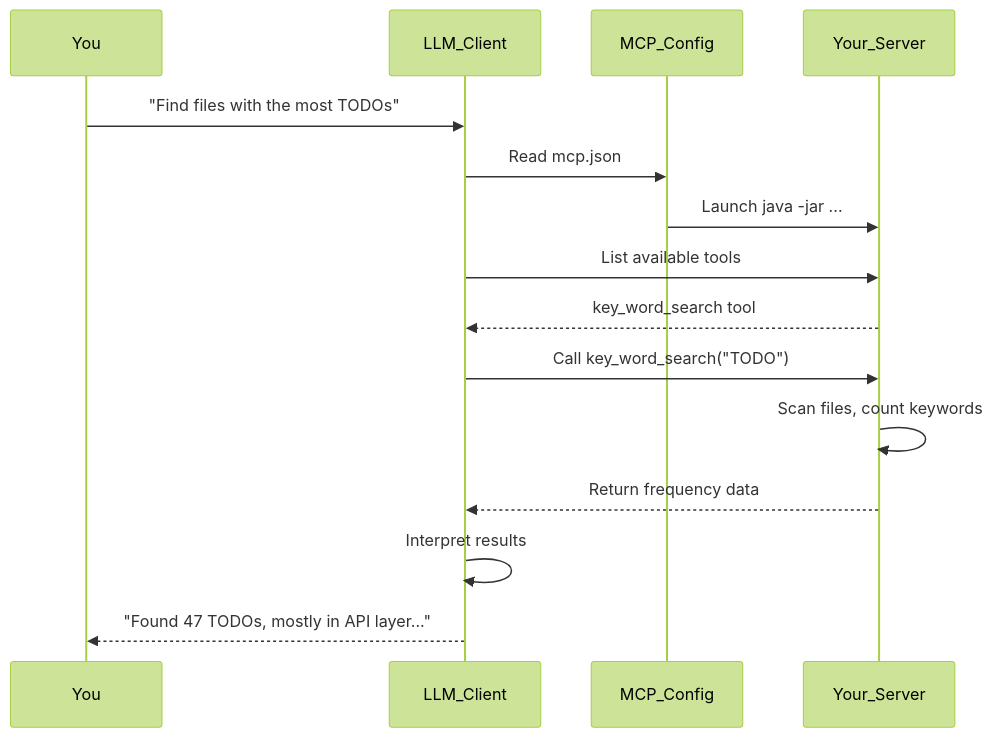
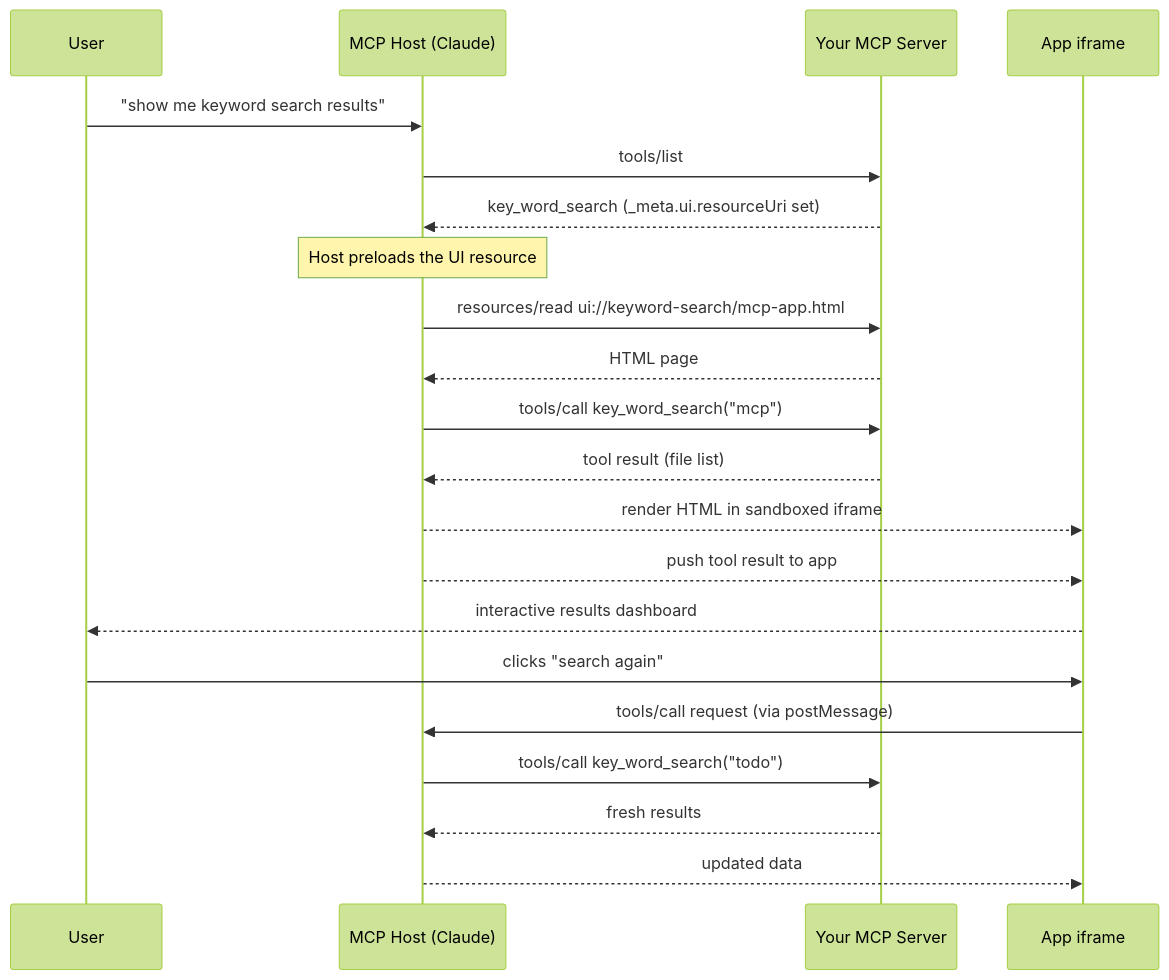
One commit to David-Parry/agent-mcp-workshop changed the second of 2 diagrams in lessons/06-overview.md. Above: the diagram before and after it, drawn with Mermaid (forest theme). The commit also changed other lines of this file and 11 other files, not shown here.

````diff
--- a/lessons/06-overview.md
+++ b/lessons/06-overview.md
@@ -119,21 +53,24 @@
 ```mermaid
 sequenceDiagram
-    participant You
-    participant LLM_Client
-    participant MCP_Config
-    participant Your_Server
+    participant User
+    participant Host as MCP Host (Claude)
+    participant Server as Your MCP Server
+    participant App as App iframe
 
-    You->>LLM_Client: "Find files with the most TODOs"
-    LLM_Client->>MCP_Config: Read mcp.json
-    MCP_Config->>Your_Server: Launch java -jar ...
-
-    LLM_Client->>Your_Server: List available tools
-    Your_Server-->>LLM_Client: key_word_search tool
-
-    LLM_Client->>Your_Server: Call key_word_search("TODO")
-    Your_Server->>Your_Server: Scan files, count keywords
-    Your_Server-->>LLM_Client: Return frequency data
-
-    LLM_Client->>LLM_Client: Interpret results
-    LLM_Client-->>You: "Found 47 TODOs, mostly in API layer..."
+    User->>Host: "show me keyword search results"
+    Host->>Server: tools/list
+    Server-->>Host: key_word_search (_meta.ui.resourceUri set)
+    Note over Host: Host preloads the UI resource
+    Host->>Server: resources/read ui://keyword-search/mcp-app.html
+    Server-->>Host: HTML page
+    Host->>Server: tools/call key_word_search("mcp")
+    Server-->>Host: tool result (file list)
+    Host-->>App: render HTML in sandboxed iframe
+    Host-->>App: push tool result to app
+    App-->>User: interactive results dashboard
+    User->>App: clicks "search again"
+    App->>Host: tools/call request (via postMessage)
+    Host->>Server: tools/call key_word_search("todo")
+    Server-->>Host: fresh results
+    Host-->>App: updated data
 ```
````
